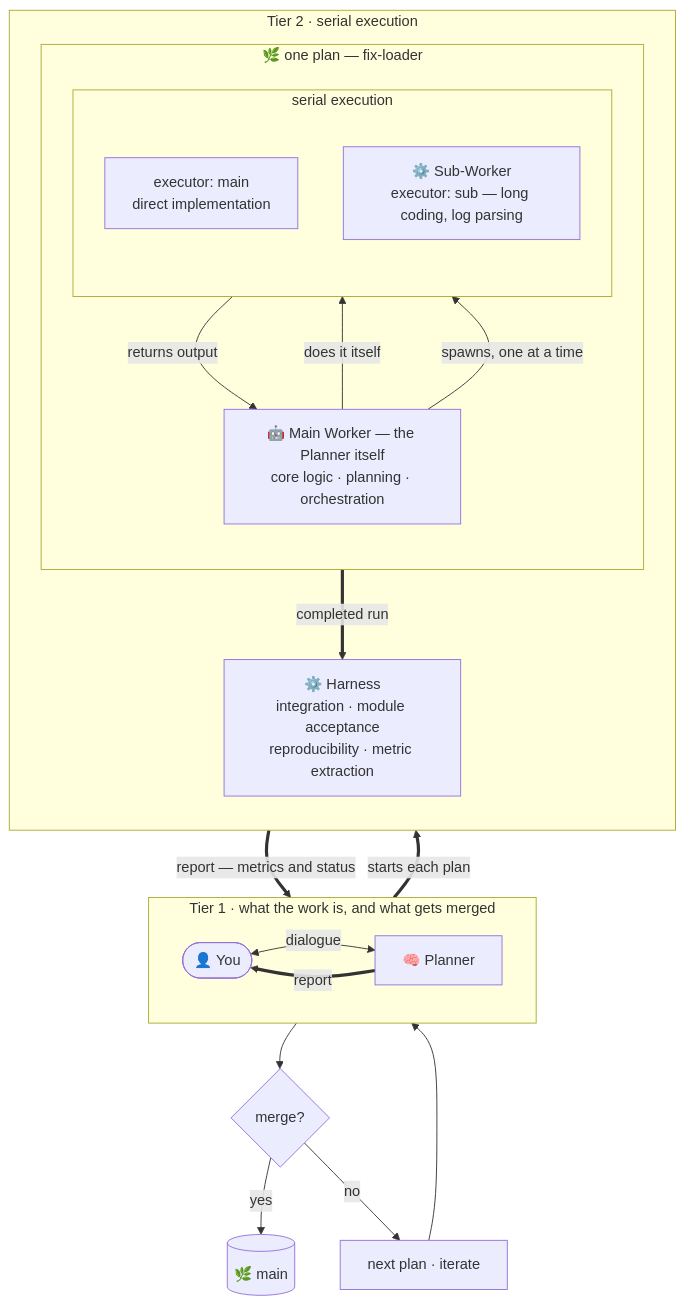
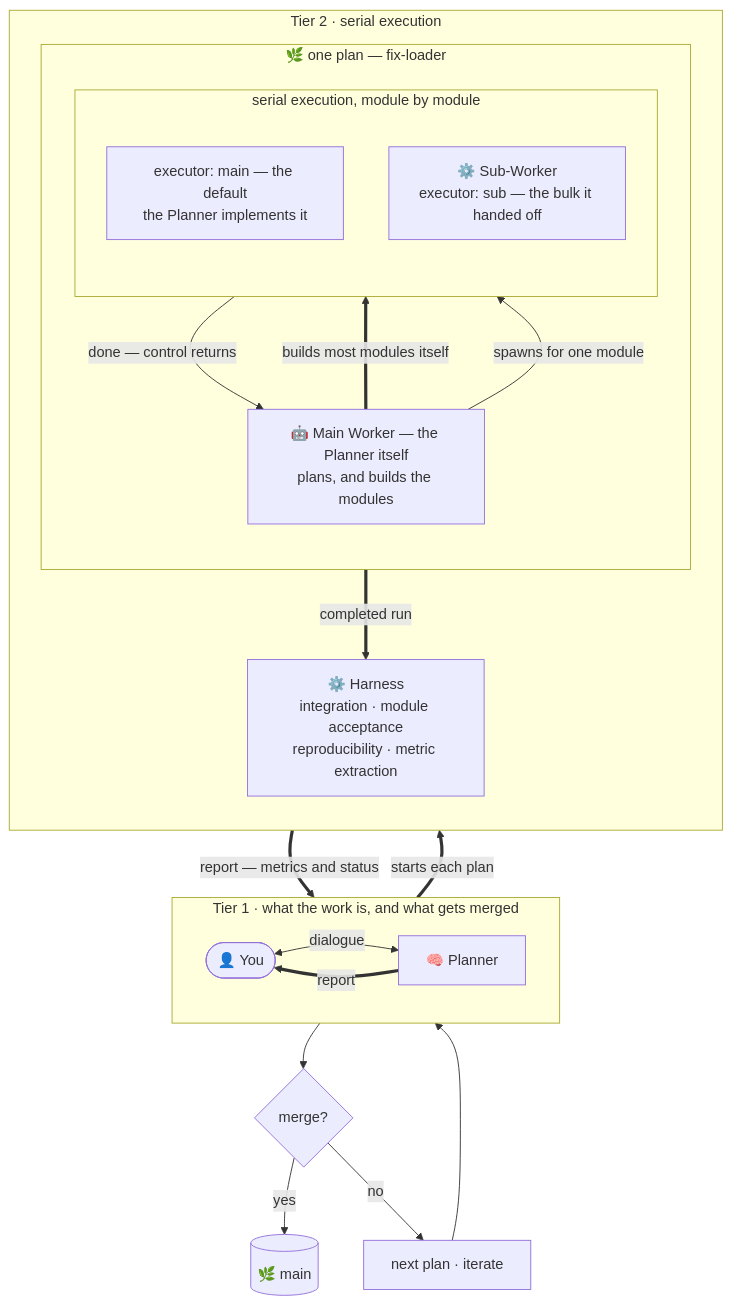
Before and after one commit to teasol/harness-template: the first of 3 diagrams in README.md, drawn with Mermaid. The commit also changed other lines of this file and 19 other files, not shown here.

````diff
--- a/README.md
+++ b/README.md
@@ -274,33 +291,33 @@
 ```mermaid
 flowchart TD
     subgraph T1 ["Tier 1 · what the work is, and what gets merged"]
         direction LR
         U(["👤 You"]) <-->|"dialogue"| P["🧠 Planner"]
     end
 
     subgraph T2 ["Tier 2 · serial execution"]
         direction TB
         subgraph BR ["🌿 one plan — fix-loader"]
             direction TB
-            MW["🤖 Main Worker — the Planner itself<br/>core logic · planning · orchestration"]
-            subgraph EX ["serial execution"]
+            MW["🤖 Main Worker — the Planner itself<br/>plans, and builds the modules"]
+            subgraph EX ["serial execution, module by module"]
                 direction TB
-                SELF["executor: main<br/>direct implementation"]
-                SUB["⚙️ Sub-Worker<br/>executor: sub — long coding, log parsing"]
+                SELF["executor: main — the default<br/>the Planner implements it"]
+                SUB["⚙️ Sub-Worker<br/>executor: sub — the bulk it handed off"]
             end
-            MW -->|"does it itself"| SELF
-            MW -->|"spawns, one at a time"| SUB
-            SUB -->|"returns output"| MW
+            MW ==>|"builds most modules itself"| SELF
+            MW -->|"spawns for one module"| SUB
+            SUB -->|"done — control returns"| MW
         end
         H["⚙️ Harness<br/>integration · module acceptance<br/>reproducibility · metric extraction"]
     end
 
     P ==>|"starts each plan"| MW
     EX ==>|"completed run"| H
     H ==>|"report — metrics and status"| P
     P ==>|"report"| U
     U --> DEC{"merge?"}
     DEC -->|"yes"| MAIN[("🌿 main")]
     DEC -->|"no"| NEXT["next plan · iterate"]
     NEXT --> P
 ```
````
